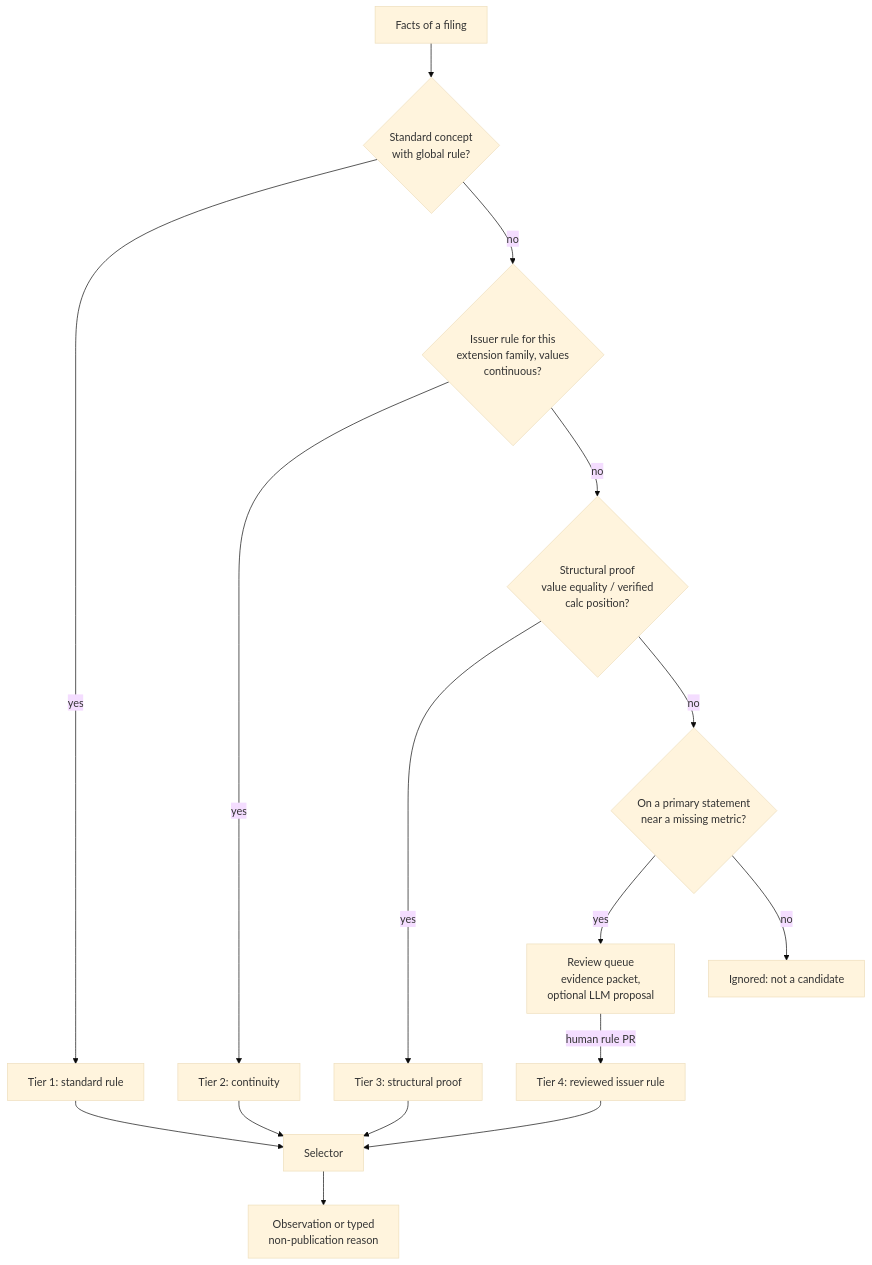
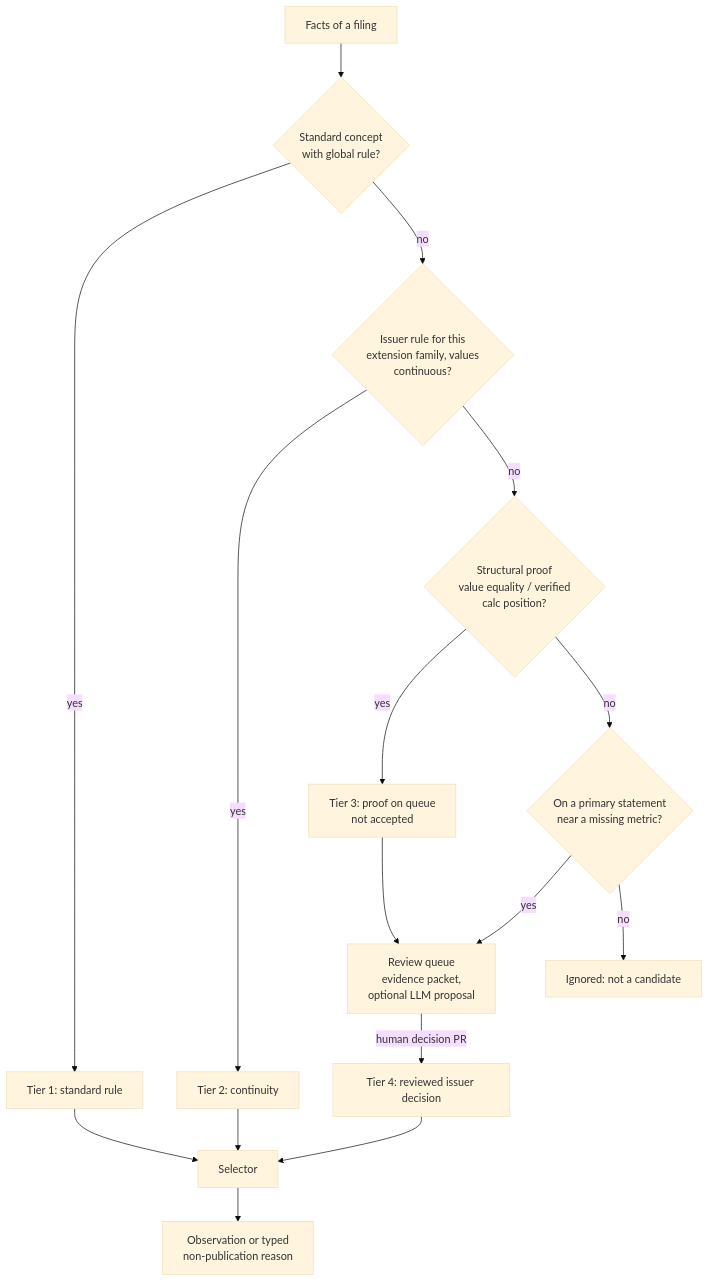
Before and after one commit to HagbardCel/edgar: the diagram in docs/assessment-2026-09/05-mapping-strategy.md, drawn with Mermaid (base theme). The commit also changed other lines of this file and 11 other files, not shown here.

````diff
--- a/docs/assessment-2026-09/05-mapping-strategy.md
+++ b/docs/assessment-2026-09/05-mapping-strategy.md
@@ -124,18 +126,18 @@
 ```mermaid
 flowchart TB
   F[Facts of a filing] --> T1{Standard concept<br/>with global rule?}
   T1 -- yes --> A1[Tier 1: standard rule]
   T1 -- no --> T2{Issuer rule for this<br/>extension family, values<br/>continuous?}
   T2 -- yes --> A2[Tier 2: continuity]
   T2 -- no --> T3{Structural proof<br/>value equality / verified<br/>calc position?}
-  T3 -- yes --> A3[Tier 3: structural proof]
+  T3 -- yes --> Q3[Tier 3: proof on queue<br/>not accepted]
   T3 -- no --> P{On a primary statement<br/>near a missing metric?}
   P -- yes --> Q[Review queue<br/>evidence packet,<br/>optional LLM proposal]
   P -- no --> N[Ignored: not a candidate]
-  Q -- human rule PR --> A4[Tier 4: reviewed issuer rule]
+  Q3 --> Q
+  Q -- human decision PR --> A4[Tier 4: reviewed issuer decision]
   A1 --> S[Selector]
   A2 --> S
-  A3 --> S
   A4 --> S
   S --> O[Observation or typed<br/>non-publication reason]
 ```
````
